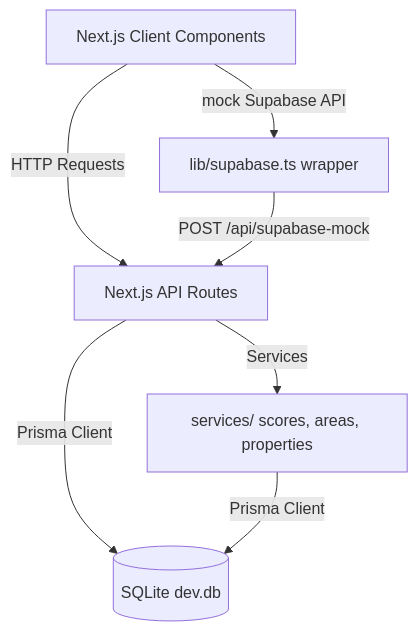
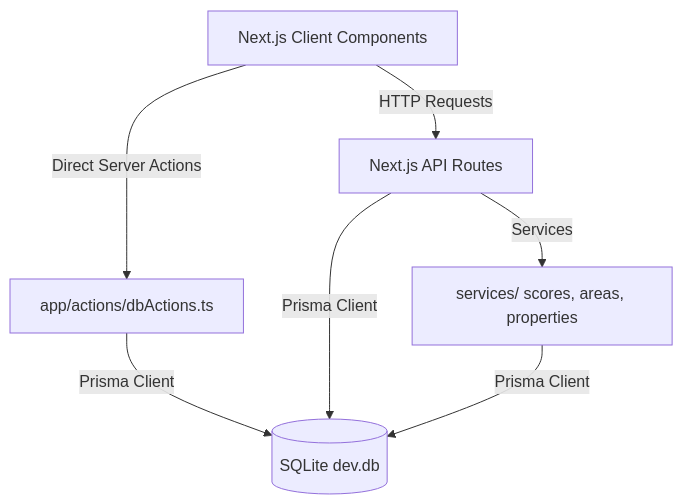
The diagram in README.md (srihanrajguduru/visit-app), drawn with Mermaid before and after one commit. The commit also changed other lines of this file and 47 other files, not shown here.

Commit message:
feat: migrate database layer to direct next.js server actions, remove supabase/proxy files, update code headers and release v1.0.0

````diff
--- a/README.md
+++ b/README.md
@@ -72,9 +71,9 @@
 ```mermaid
 graph TD
-    Client[Next.js Client Components] -->|HTTP Requests| API[Next.js API Routes]
-    Client -->|mock Supabase API| ProxyClient[lib/supabase.ts wrapper]
-    ProxyClient -->|POST /api/supabase-mock| API
-    API -->|Prisma Client| DB[(SQLite dev.db)]
+    Client[Next.js Client Components] -->|Direct Server Actions| Actions[app/actions/dbActions.ts]
+    Client -->|HTTP Requests| API[Next.js API Routes]
+    Actions -->|Prisma Client| DB[(SQLite dev.db)]
+    API -->|Prisma Client| DB
     API -->|Services| BusinessLogic[services/ scores, areas, properties]
     BusinessLogic -->|Prisma Client| DB
 ```
````
